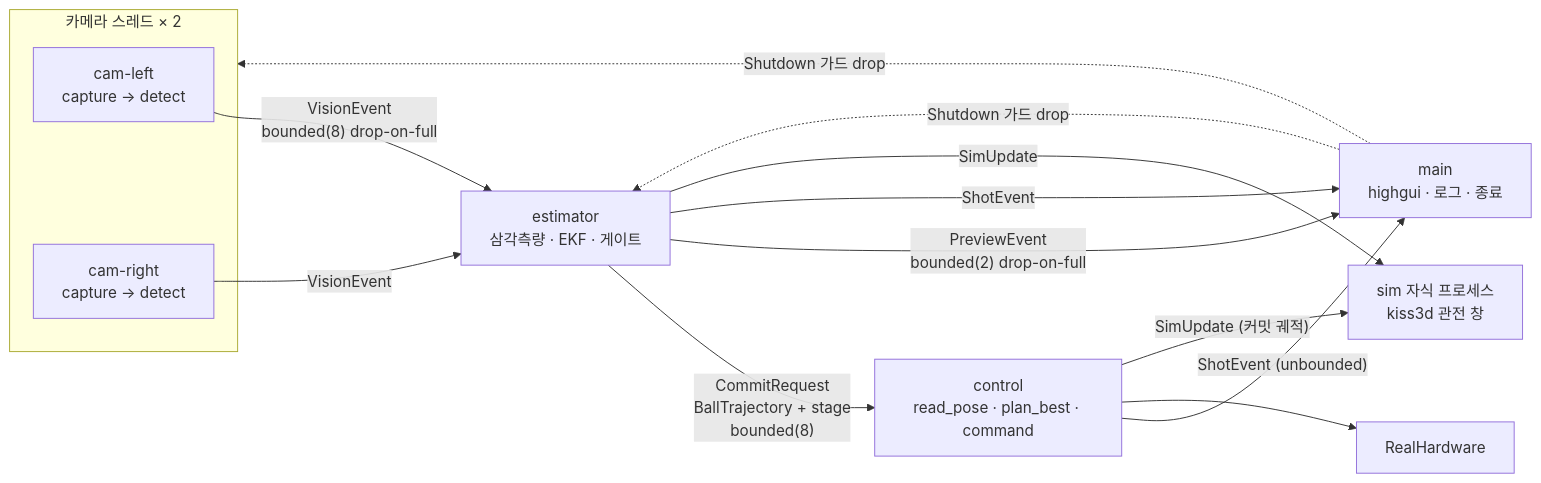
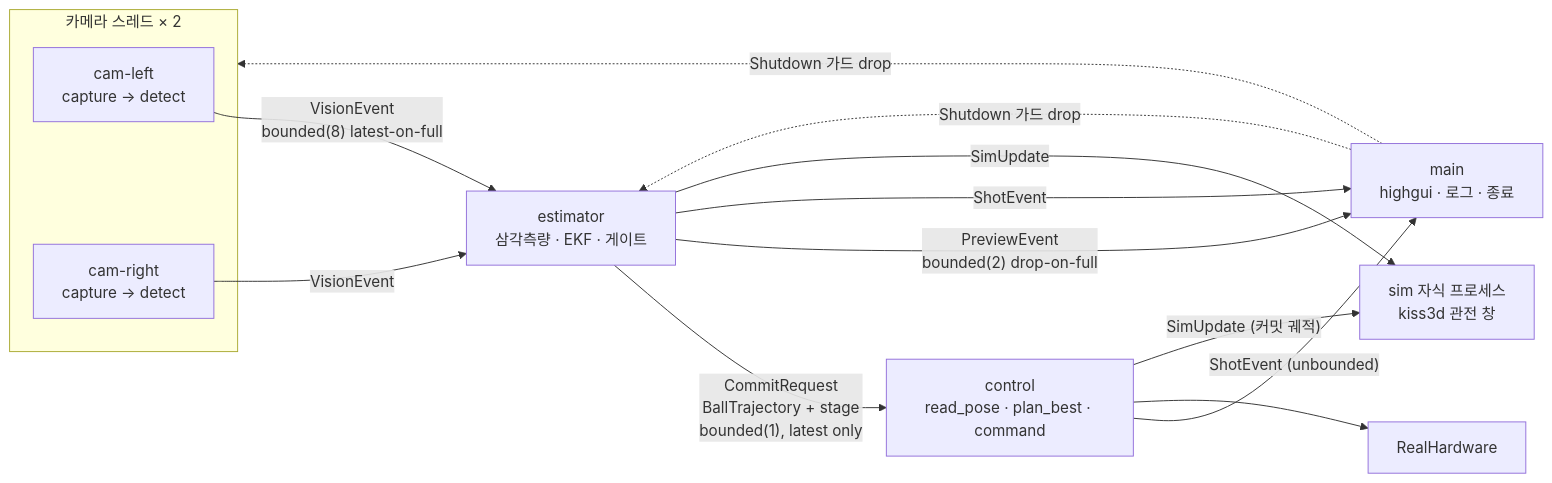
Before and after one commit to luv-all/pingpong-bot: the first of 4 diagrams in src/real/README.md, drawn with Mermaid. The commit also changed other lines of this file and 12 other files, not shown here.

````diff
--- a/src/real/README.md
+++ b/src/real/README.md
@@ -75,25 +75,25 @@
 ```mermaid
 flowchart LR
   subgraph cams ["카메라 스레드 × 2"]
     camL["cam-left<br/>capture → detect"]
     camR["cam-right<br/>capture → detect"]
   end
 
   est["estimator<br/>삼각측량 · EKF · 게이트"]
   ctl["control<br/>read_pose · plan_best · command"]
   main["main<br/>highgui · 로그 · 종료"]
   hw["RealHardware"]
 
-  camL -->|"VisionEvent<br/>bounded(8) drop-on-full"| est
+  camL -->|"VisionEvent<br/>bounded(8) latest-on-full"| est
   camR -->|"VisionEvent"| est
-  est -->|"CommitRequest<br/>BallTrajectory + stage<br/>bounded(8)"| ctl
+  est -->|"CommitRequest<br/>BallTrajectory + stage<br/>bounded(1), latest only"| ctl
   est -->|"PreviewEvent<br/>bounded(2) drop-on-full"| main
   est -->|"ShotEvent"| main
   ctl -->|"ShotEvent (unbounded)"| main
   ctl --> hw
   est -->|"SimUpdate"| sim["sim 자식 프로세스<br/>kiss3d 관전 창"]
   ctl -->|"SimUpdate (커밋 궤적)"| sim
 
   main -.->|"Shutdown 가드 drop"| cams
   main -.->|"Shutdown 가드 drop"| est
 ```
````
